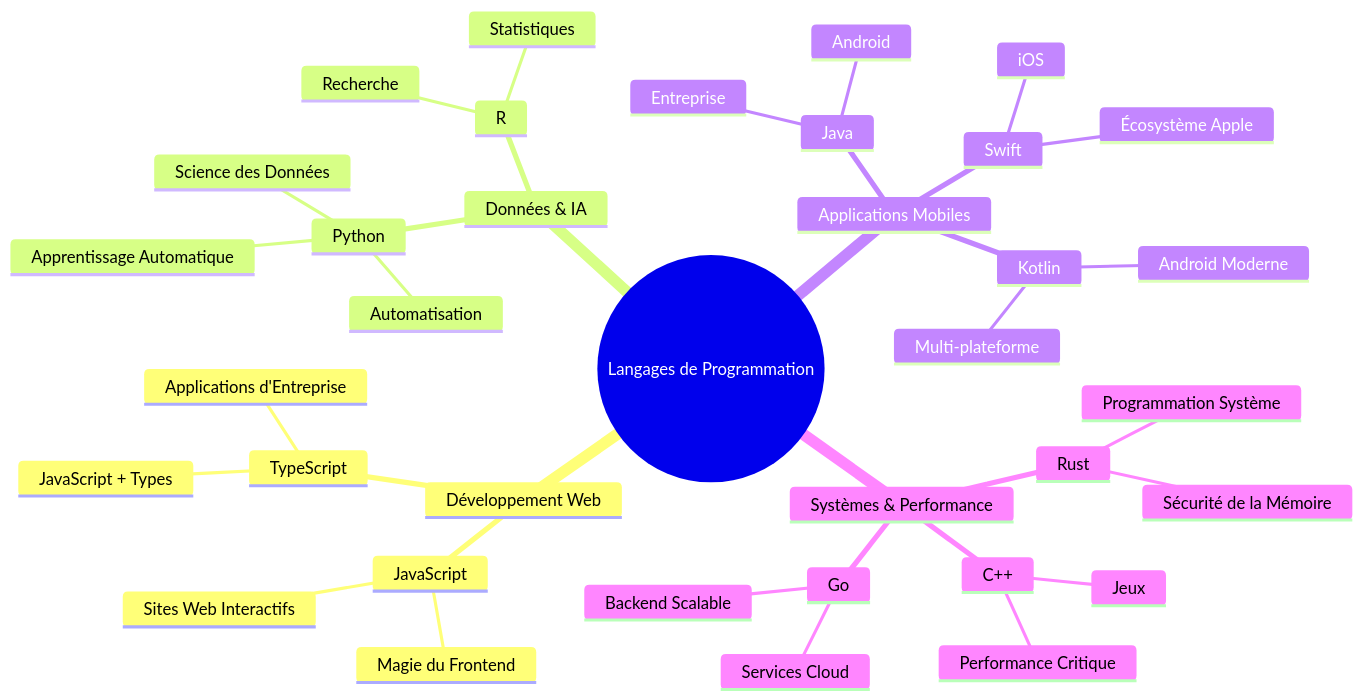
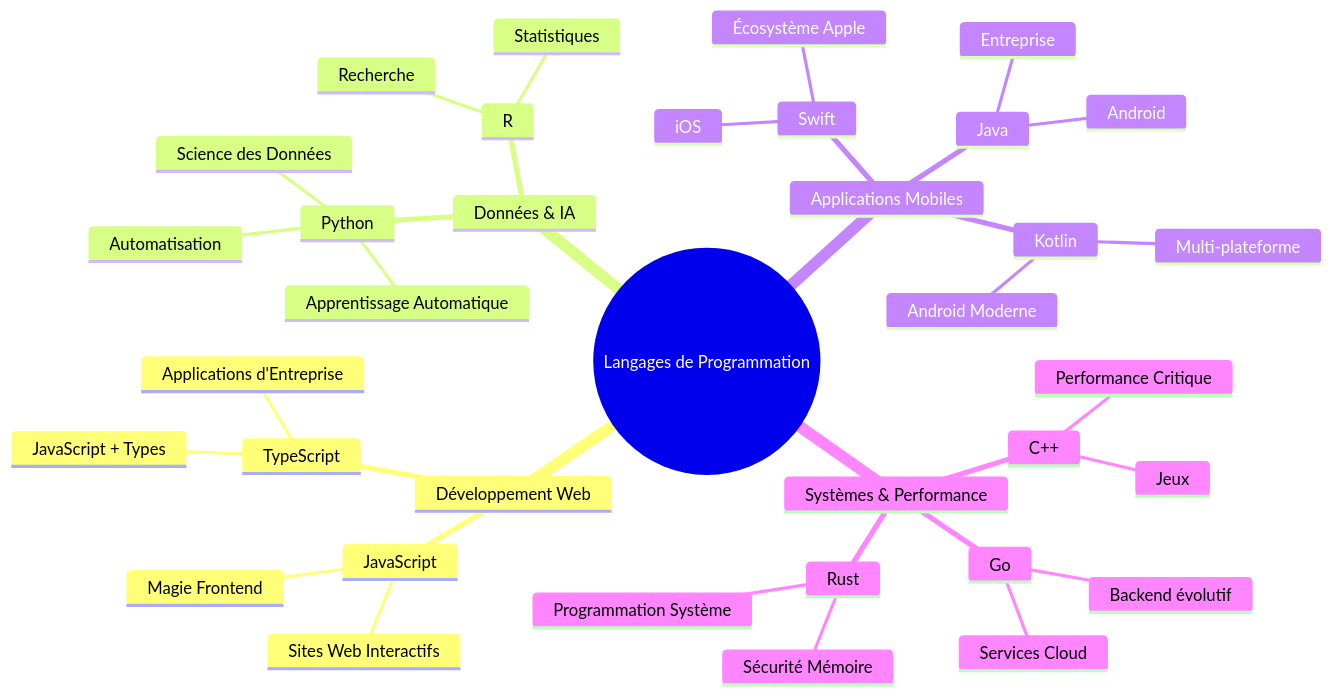
Before and after one commit to microsoft/Web-Dev-For-Beginners: the second of 7 diagrams in translations/fr/1-getting-started-lessons/1-intro-to-programming-languages/README.md, drawn with Mermaid. The commit also changed other lines of this file and 393 other files, not shown here.

````diff
--- a/translations/fr/1-getting-started-lessons/1-intro-to-programming-languages/README.md
+++ b/translations/fr/1-getting-started-lessons/1-intro-to-programming-languages/README.md
@@ -85,39 +84,39 @@
 ```mermaid
 mindmap
   root((Langages de Programmation))
     Développement Web
       JavaScript
-        Magie du Frontend
+        Magie Frontend
         Sites Web Interactifs
       TypeScript
         JavaScript + Types
         Applications d'Entreprise
     Données & IA
       Python
         Science des Données
         Apprentissage Automatique
         Automatisation
       R
         Statistiques
         Recherche
     Applications Mobiles
       Java
         Android
         Entreprise
       Swift
         iOS
         Écosystème Apple
       Kotlin
         Android Moderne
         Multi-plateforme
     Systèmes & Performance
       C++
         Jeux
         Performance Critique
       Rust
-        Sécurité de la Mémoire
+        Sécurité Mémoire
         Programmation Système
       Go
         Services Cloud
-        Backend Scalable
+        Backend évolutif
 ```
````
